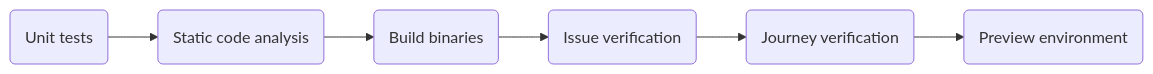
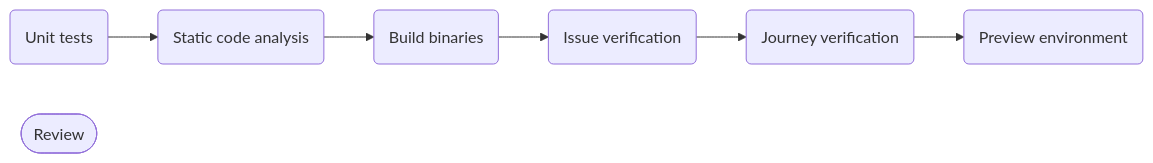
One commit to ContinuousEngineeringProject/ContinuousEngineeringProject.github.io changed the seventh of 10 diagrams in docs/factory_pipelines.md. Above: the diagram before and after it, drawn with Mermaid. The commit also changed other lines of this file, not shown here.

````diff
--- a/docs/factory_pipelines.md
+++ b/docs/factory_pipelines.md
@@ -133,11 +139,12 @@
 ```mermaid
 flowchart LR
   id1(Unit tests)
   id2(Static code analysis)
   id3(Build binaries)
   id4(Issue verification)
   id5(Journey verification)
   id6(Preview environment)
+  id7([Review])
   
   id1 --> id2 --> id3 --> id4 --> id5 -->id6
 ```
````
